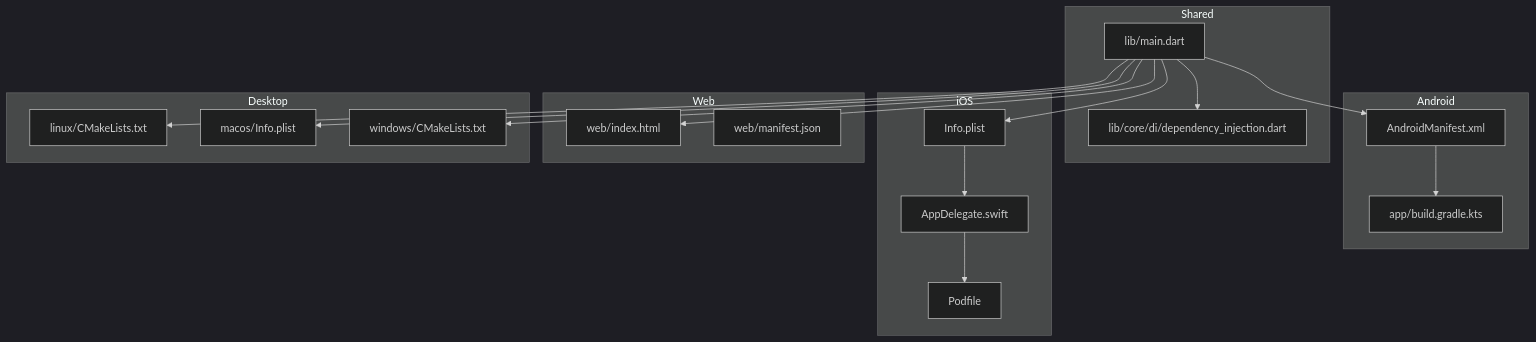
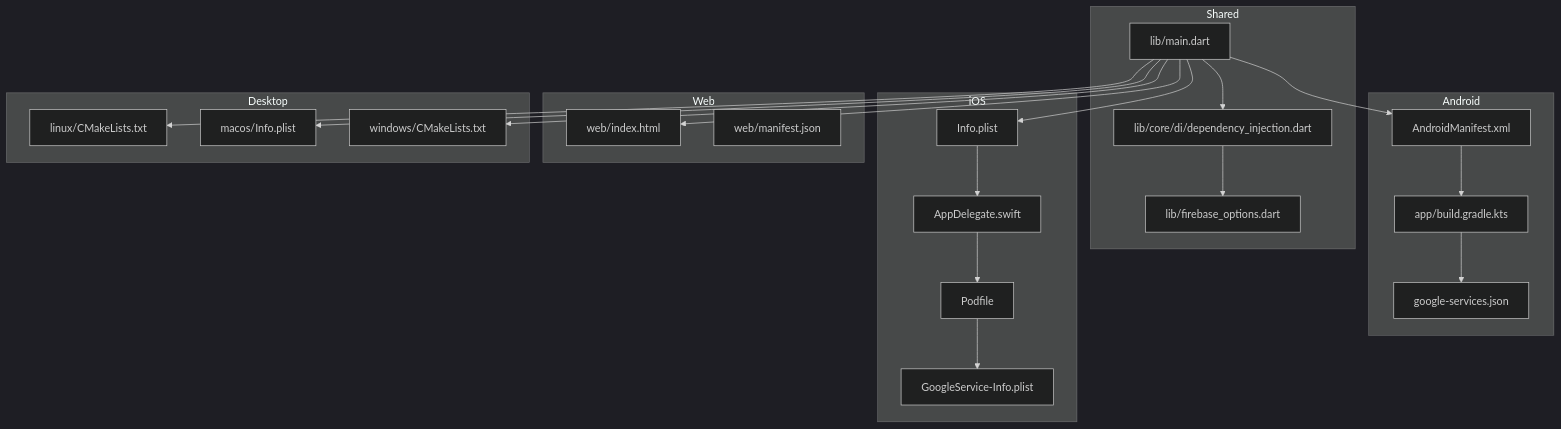
Before and after one commit to Ariful3111/FurniGo: the second of 8 diagrams in .qoder/repowiki/en/content/Platform-Specific Implementation/Platform-Specific Implementation.md, drawn with Mermaid (dark theme). The commit also changed other lines of this file and 12 other files, not shown here.

````diff
--- a/.qoder/repowiki/en/content/Platform-Specific Implementation/Platform-Specific Implementation.md
+++ b/.qoder/repowiki/en/content/Platform-Specific Implementation/Platform-Specific Implementation.md
@@ -84,35 +107,41 @@
 ```mermaid
 graph TB
 subgraph "Shared"
 L["lib/main.dart"]
 DI["lib/core/di/dependency_injection.dart"]
+FO["lib/firebase_options.dart"]
 end
 subgraph "Android"
 AMF["AndroidManifest.xml"]
 ABG["app/build.gradle.kts"]
+GSJ["google-services.json"]
 end
 subgraph "iOS"
 IPL["Info.plist"]
 AP["AppDelegate.swift"]
 POD["Podfile"]
+GSI["GoogleService-Info.plist"]
 end
 subgraph "Web"
 WIDX["web/index.html"]
 WMF["web/manifest.json"]
 end
 subgraph "Desktop"
 LC["linux/CMakeLists.txt"]
 MC["macos/Info.plist"]
 WC["windows/CMakeLists.txt"]
 end
 L --> DI
+DI --> FO
 L --> AMF
 L --> IPL
 L --> WIDX
 L --> LC
 L --> MC
 L --> WC
 AMF --> ABG
+ABG --> GSJ
 IPL --> AP
 AP --> POD
+POD --> GSI
 ```
````
